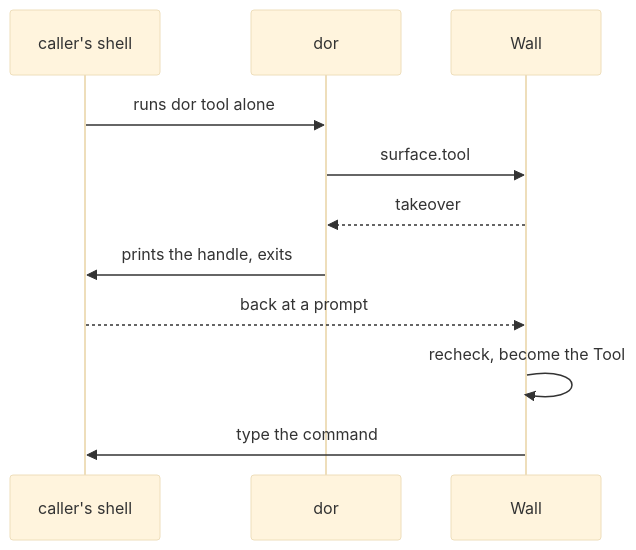
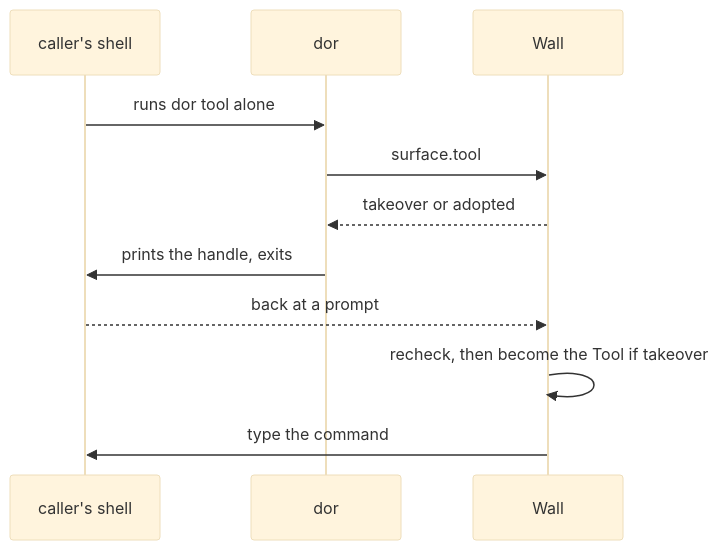
Before and after one commit to diffplug/dormouse: the third of 3 diagrams in docs/specs/dor-tool.md, drawn with Mermaid (base theme).

Commit message:
dor-tool: review fixes to the take-over diagram
Fixes af61c9afe:
- Keyed re-runs answer adopted without transforming: "takeover or
  adopted", "recheck, then become the Tool if takeover".

````diff
--- a/docs/specs/dor-tool.md
+++ b/docs/specs/dor-tool.md
@@ -286,13 +286,13 @@
 ```mermaid
 sequenceDiagram
   participant Sh as caller's shell
   participant D as dor
   participant W as Wall
   Sh->>D: runs dor tool alone
   D->>W: surface.tool
-  W-->>D: takeover
+  W-->>D: takeover or adopted
   D->>Sh: prints the handle, exits
   Sh-->>W: back at a prompt
-  W->>W: recheck, become the Tool
+  W->>W: recheck, then become the Tool if takeover
   W->>Sh: type the command
 ```
````
